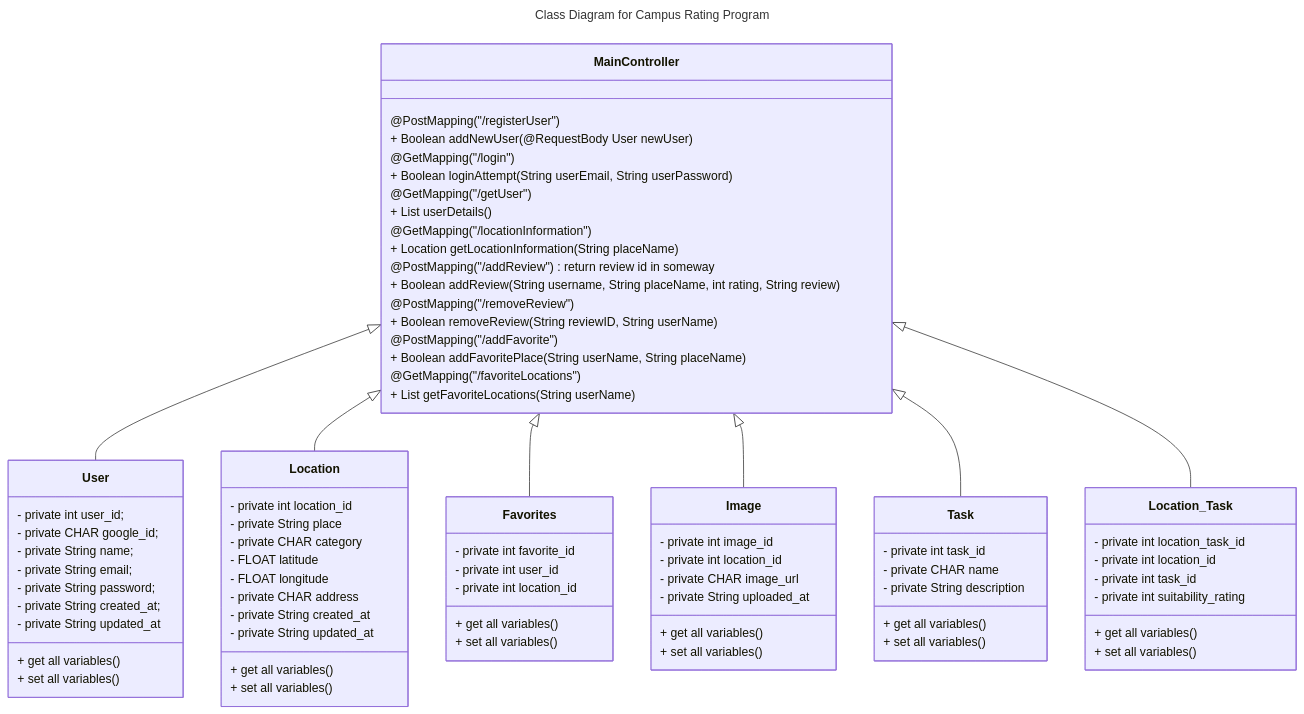
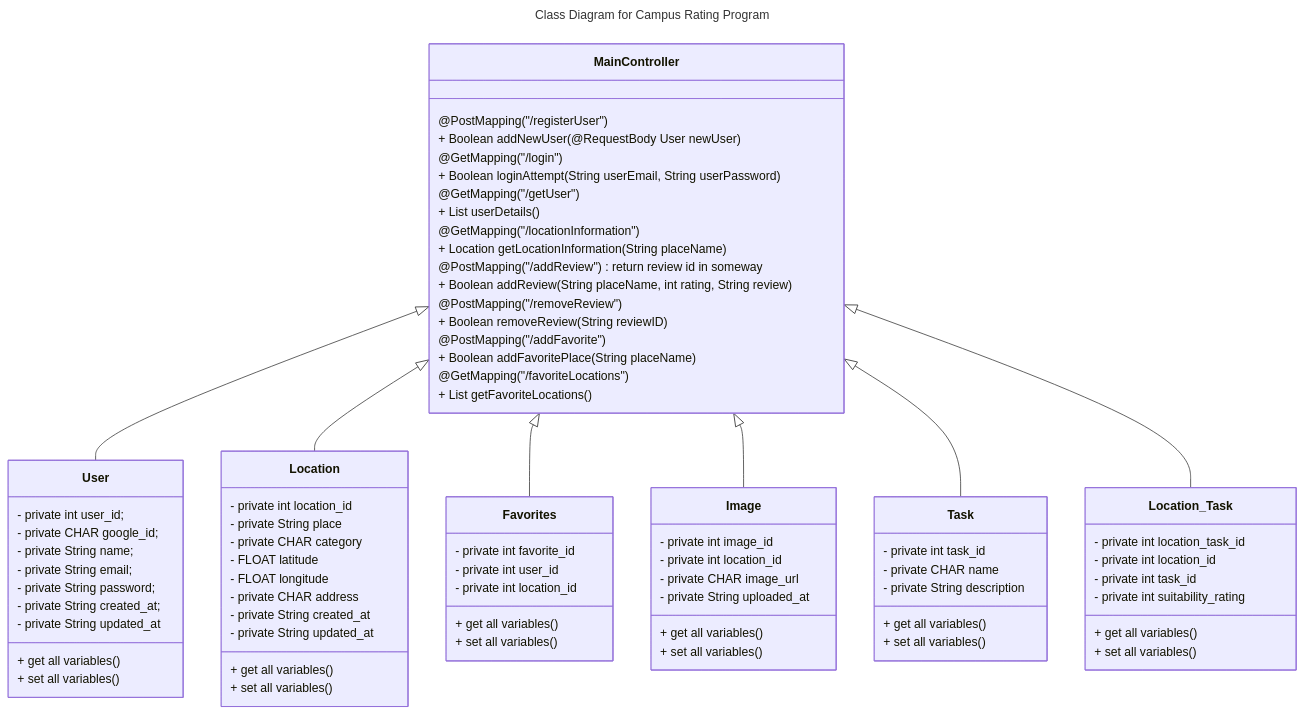
One commit to bjrodrigu/Project_08 changed the third of 6 diagrams in README.md. Above: the diagram before and after it, drawn with Mermaid.

Commit message:
Update README.md class diagram. If we were to add authentication we don't need to add userName for request handling as it will be done by token. database diagram may need to be changed at somepoint

```diff
--- a/README.md
+++ b/README.md
@@ -212,13 +212,13 @@
         @GetMapping("/locationInformation")
         + Location getLocationInformation(String placeName)
         @PostMapping("/addReview") return review id in someway 
-        + Boolean addReview(String username, String placeName, int rating, String review)
+        + Boolean addReview(String placeName, int rating, String review)
         @PostMapping("/removeReview")
-        + Boolean removeReview(String reviewID, String userName)
+        + Boolean removeReview(String reviewID)
         @PostMapping("/addFavorite")
-        + Boolean addFavoritePlace(String userName, String placeName)
+        + Boolean addFavoritePlace(String placeName)
          @GetMapping("/favoriteLocations")
-        + List<Location> getFavoriteLocations(String userName)
+        + List<Location> getFavoriteLocations()
     }
     MainController <|-- User
     MainController <|-- Location
```
